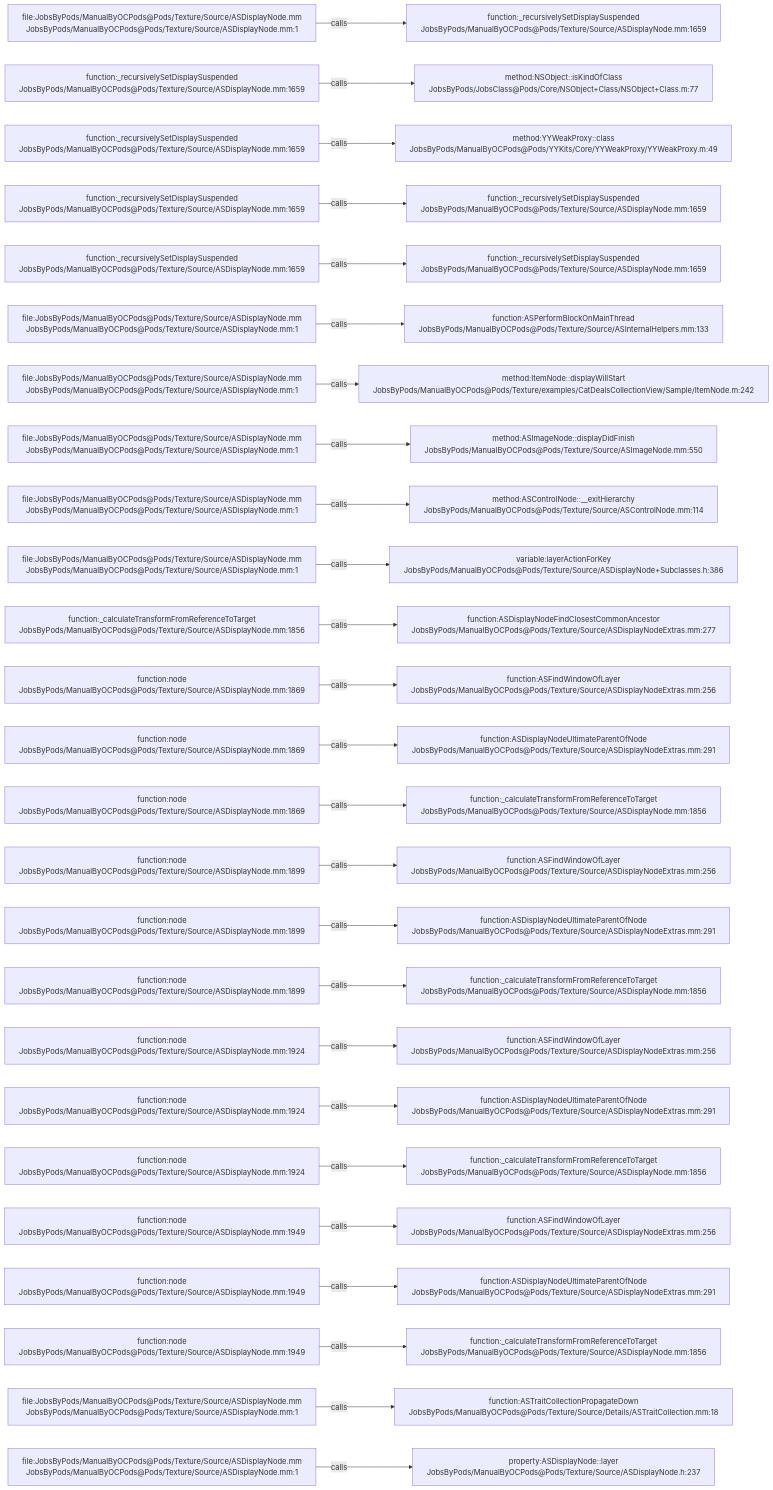
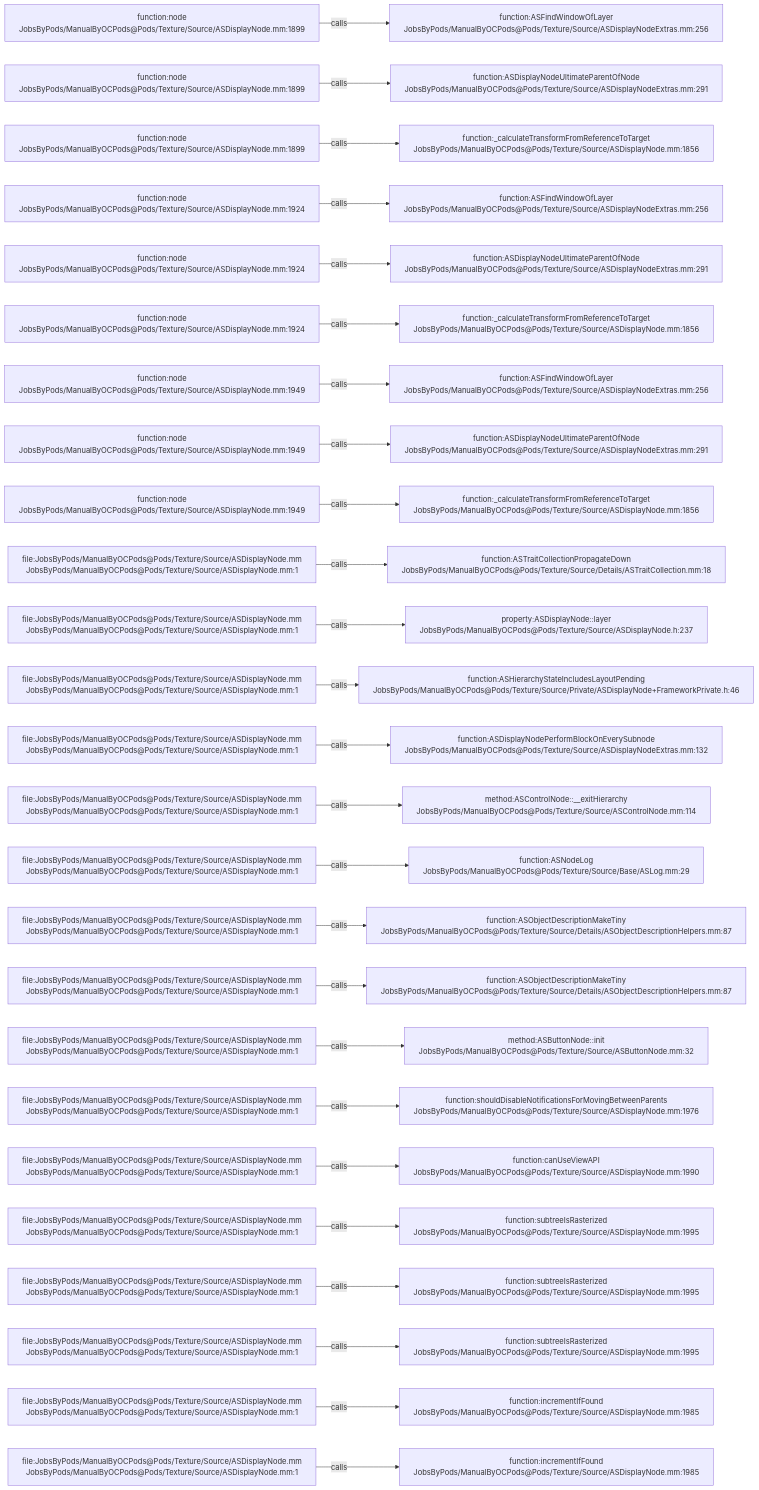
One commit to JobsKits/JobsOCBaseConfigDemo changed the diagram in .codegraph/codegraph.md/graphs/calls-102.md. Above: the diagram before and after it, drawn with Mermaid. The commit also changed 296 other files, not shown here.

````diff
--- a/.codegraph/codegraph.md/graphs/calls-102.md
+++ b/.codegraph/codegraph.md/graphs/calls-102.md
@@ -13,78 +13,78 @@
 ```mermaid
 flowchart LR
-  S1["file:JobsByPods/ManualByOCPods@Pods/Texture/Source/ASDisplayNode.mm<br/>JobsByPods/ManualByOCPods@Pods/Texture/Source/ASDisplayNode.mm:1"]
-  T1["function:_recursivelySetDisplaySuspended<br/>JobsByPods/ManualByOCPods@Pods/Texture/Source/ASDisplayNode.mm:1659"]
+  S1["function:node<br/>JobsByPods/ManualByOCPods@Pods/Texture/Source/ASDisplayNode.mm:1899"]
+  T1["function:ASFindWindowOfLayer<br/>JobsByPods/ManualByOCPods@Pods/Texture/Source/ASDisplayNodeExtras.mm:256"]
   S1 -->|calls| T1
-  S2["function:_recursivelySetDisplaySuspended<br/>JobsByPods/ManualByOCPods@Pods/Texture/Source/ASDisplayNode.mm:1659"]
-  T2["method:NSObject::isKindOfClass<br/>JobsByPods/JobsClass@Pods/Core/NSObject+Class/NSObject+Class.m:77"]
+  S2["function:node<br/>JobsByPods/ManualByOCPods@Pods/Texture/Source/ASDisplayNode.mm:1899"]
+  T2["function:ASDisplayNodeUltimateParentOfNode<br/>JobsByPods/ManualByOCPods@Pods/Texture/Source/ASDisplayNodeExtras.mm:291"]
   S2 -->|calls| T2
-  S3["function:_recursivelySetDisplaySuspended<br/>JobsByPods/ManualByOCPods@Pods/Texture/Source/ASDisplayNode.mm:1659"]
-  T3["method:YYWeakProxy::class<br/>JobsByPods/ManualByOCPods@Pods/YYKits/Core/YYWeakProxy/YYWeakProxy.m:49"]
+  S3["function:node<br/>JobsByPods/ManualByOCPods@Pods/Texture/Source/ASDisplayNode.mm:1899"]
+  T3["function:_calculateTransformFromReferenceToTarget<br/>JobsByPods/ManualByOCPods@Pods/Texture/Source/ASDisplayNode.mm:1856"]
   S3 -->|calls| T3
-  S4["function:_recursivelySetDisplaySuspended<br/>JobsByPods/ManualByOCPods@Pods/Texture/Source/ASDisplayNode.mm:1659"]
-  T4["function:_recursivelySetDisplaySuspended<br/>JobsByPods/ManualByOCPods@Pods/Texture/Source/ASDisplayNode.mm:1659"]
+  S4["function:node<br/>JobsByPods/ManualByOCPods@Pods/Texture/Source/ASDisplayNode.mm:1924"]
+  T4["function:ASFindWindowOfLayer<br/>JobsByPods/ManualByOCPods@Pods/Texture/Source/ASDisplayNodeExtras.mm:256"]
   S4 -->|calls| T4
-  S5["function:_recursivelySetDisplaySuspended<br/>JobsByPods/ManualByOCPods@Pods/Texture/Source/ASDisplayNode.mm:1659"]
-  T5["function:_recursivelySetDisplaySuspended<br/>JobsByPods/ManualByOCPods@Pods/Texture/Source/ASDisplayNode.mm:1659"]
+  S5["function:node<br/>JobsByPods/ManualByOCPods@Pods/Texture/Source/ASDisplayNode.mm:1924"]
+  T5["function:ASDisplayNodeUltimateParentOfNode<br/>JobsByPods/ManualByOCPods@Pods/Texture/Source/ASDisplayNodeExtras.mm:291"]
   S5 -->|calls| T5
-  S6["file:JobsByPods/ManualByOCPods@Pods/Texture/Source/ASDisplayNode.mm<br/>JobsByPods/ManualByOCPods@Pods/Texture/Source/ASDisplayNode.mm:1"]
-  T6["function:ASPerformBlockOnMainThread<br/>JobsByPods/ManualByOCPods@Pods/Texture/Source/ASInternalHelpers.mm:133"]
+  S6["function:node<br/>JobsByPods/ManualByOCPods@Pods/Texture/Source/ASDisplayNode.mm:1924"]
+  T6["function:_calculateTransformFromReferenceToTarget<br/>JobsByPods/ManualByOCPods@Pods/Texture/Source/ASDisplayNode.mm:1856"]
   S6 -->|calls| T6
-  S7["file:JobsByPods/ManualByOCPods@Pods/Texture/Source/ASDisplayNode.mm<br/>JobsByPods/ManualByOCPods@Pods/Texture/Source/ASDisplayNode.mm:1"]
-  T7["method:ItemNode::displayWillStart<br/>JobsByPods/ManualByOCPods@Pods/Texture/examples/CatDealsCollectionView/Sample/ItemNode.m:242"]
+  S7["function:node<br/>JobsByPods/ManualByOCPods@Pods/Texture/Source/ASDisplayNode.mm:1949"]
+  T7["function:ASFindWindowOfLayer<br/>JobsByPods/ManualByOCPods@Pods/Texture/Source/ASDisplayNodeExtras.mm:256"]
   S7 -->|calls| T7
-  S8["file:JobsByPods/ManualByOCPods@Pods/Texture/Source/ASDisplayNode.mm<br/>JobsByPods/ManualByOCPods@Pods/Texture/Source/ASDisplayNode.mm:1"]
-  T8["method:ASImageNode::displayDidFinish<br/>JobsByPods/ManualByOCPods@Pods/Texture/Source/ASImageNode.mm:550"]
+  S8["function:node<br/>JobsByPods/ManualByOCPods@Pods/Texture/Source/ASDisplayNode.mm:1949"]
+  T8["function:ASDisplayNodeUltimateParentOfNode<br/>JobsByPods/ManualByOCPods@Pods/Texture/Source/ASDisplayNodeExtras.mm:291"]
   S8 -->|calls| T8
-  S9["file:JobsByPods/ManualByOCPods@Pods/Texture/Source/ASDisplayNode.mm<br/>JobsByPods/ManualByOCPods@Pods/Texture/Source/ASDisplayNode.mm:1"]
-  T9["method:ASControlNode::__exitHierarchy<br/>JobsByPods/ManualByOCPods@Pods/Texture/Source/ASControlNode.mm:114"]
+  S9["function:node<br/>JobsByPods/ManualByOCPods@Pods/Texture/Source/ASDisplayNode.mm:1949"]
+  T9["function:_calculateTransformFromReferenceToTarget<br/>JobsByPods/ManualByOCPods@Pods/Texture/Source/ASDisplayNode.mm:1856"]
   S9 -->|calls| T9
   S10["file:JobsByPods/ManualByOCPods@Pods/Texture/Source/ASDisplayNode.mm<br/>JobsByPods/ManualByOCPods@Pods/Texture/Source/ASDisplayNode.mm:1"]
-  T10["variable:layerActionForKey<br/>JobsByPods/ManualByOCPods@Pods/Texture/Source/ASDisplayNode+Subclasses.h:386"]
+  T10["function:ASTraitCollectionPropagateDown<br/>JobsByPods/ManualByOCPods@Pods/Texture/Source/Details/ASTraitCollection.mm:18"]
   S10 -->|calls| T10
-  S11["function:_calculateTransformFromReferenceToTarget<br/>JobsByPods/ManualByOCPods@Pods/Texture/Source/ASDisplayNode.mm:1856"]
-  T11["function:ASDisplayNodeFindClosestCommonAncestor<br/>JobsByPods/ManualByOCPods@Pods/Texture/Source/ASDisplayNodeExtras.mm:277"]
+  S11["file:JobsByPods/ManualByOCPods@Pods/Texture/Source/ASDisplayNode.mm<br/>JobsByPods/ManualByOCPods@Pods/Texture/Source/ASDisplayNode.mm:1"]
+  T11["property:ASDisplayNode::layer<br/>JobsByPods/ManualByOCPods@Pods/Texture/Source/ASDisplayNode.h:237"]
   S11 -->|calls| T11
-  S12["function:node<br/>JobsByPods/ManualByOCPods@Pods/Texture/Source/ASDisplayNode.mm:1869"]
-  T12["function:ASFindWindowOfLayer<br/>JobsByPods/ManualByOCPods@Pods/Texture/Source/ASDisplayNodeExtras.mm:256"]
+  S12["file:JobsByPods/ManualByOCPods@Pods/Texture/Source/ASDisplayNode.mm<br/>JobsByPods/ManualByOCPods@Pods/Texture/Source/ASDisplayNode.mm:1"]
+  T12["function:ASHierarchyStateIncludesLayoutPending<br/>JobsByPods/ManualByOCPods@Pods/Texture/Source/Private/ASDisplayNode+FrameworkPrivate.h:46"]
   S12 -->|calls| T12
-  S13["function:node<br/>JobsByPods/ManualByOCPods@Pods/Texture/Source/ASDisplayNode.mm:1869"]
-  T13["function:ASDisplayNodeUltimateParentOfNode<br/>JobsByPods/ManualByOCPods@Pods/Texture/Source/ASDisplayNodeExtras.mm:291"]
+  S13["file:JobsByPods/ManualByOCPods@Pods/Texture/Source/ASDisplayNode.mm<br/>JobsByPods/ManualByOCPods@Pods/Texture/Source/ASDisplayNode.mm:1"]
+  T13["function:ASDisplayNodePerformBlockOnEverySubnode<br/>JobsByPods/ManualByOCPods@Pods/Texture/Source/ASDisplayNodeExtras.mm:132"]
   S13 -->|calls| T13
-  S14["function:node<br/>JobsByPods/ManualByOCPods@Pods/Texture/Source/ASDisplayNode.mm:1869"]
-  T14["function:_calculateTransformFromReferenceToTarget<br/>JobsByPods/ManualByOCPods@Pods/Texture/Source/ASDisplayNode.mm:1856"]
+  S14["file:JobsByPods/ManualByOCPods@Pods/Texture/Source/ASDisplayNode.mm<br/>JobsByPods/ManualByOCPods@Pods/Texture/Source/ASDisplayNode.mm:1"]
+  T14["method:ASControlNode::__exitHierarchy<br/>JobsByPods/ManualByOCPods@Pods/Texture/Source/ASControlNode.mm:114"]
   S14 -->|calls| T14
-  S15["function:node<br/>JobsByPods/ManualByOCPods@Pods/Texture/Source/ASDisplayNode.mm:1899"]
-  T15["function:ASFindWindowOfLayer<br/>JobsByPods/ManualByOCPods@Pods/Texture/Source/ASDisplayNodeExtras.mm:256"]
+  S15["file:JobsByPods/ManualByOCPods@Pods/Texture/Source/ASDisplayNode.mm<br/>JobsByPods/ManualByOCPods@Pods/Texture/Source/ASDisplayNode.mm:1"]
+  T15["function:ASNodeLog<br/>JobsByPods/ManualByOCPods@Pods/Texture/Source/Base/ASLog.mm:29"]
   S15 -->|calls| T15
-  S16["function:node<br/>JobsByPods/ManualByOCPods@Pods/Texture/Source/ASDisplayNode.mm:1899"]
-  T16["function:ASDisplayNodeUltimateParentOfNode<br/>JobsByPods/ManualByOCPods@Pods/Texture/Source/ASDisplayNodeExtras.mm:291"]
+  S16["file:JobsByPods/ManualByOCPods@Pods/Texture/Source/ASDisplayNode.mm<br/>JobsByPods/ManualByOCPods@Pods/Texture/Source/ASDisplayNode.mm:1"]
+  T16["function:ASObjectDescriptionMakeTiny<br/>JobsByPods/ManualByOCPods@Pods/Texture/Source/Details/ASObjectDescriptionHelpers.mm:87"]
   S16 -->|calls| T16
-  S17["function:node<br/>JobsByPods/ManualByOCPods@Pods/Texture/Source/ASDisplayNode.mm:1899"]
-  T17["function:_calculateTransformFromReferenceToTarget<br/>JobsByPods/ManualByOCPods@Pods/Texture/Source/ASDisplayNode.mm:1856"]
+  S17["file:JobsByPods/ManualByOCPods@Pods/Texture/Source/ASDisplayNode.mm<br/>JobsByPods/ManualByOCPods@Pods/Texture/Source/ASDisplayNode.mm:1"]
+  T17["function:ASObjectDescriptionMakeTiny<br/>JobsByPods/ManualByOCPods@Pods/Texture/Source/Details/ASObjectDescriptionHelpers.mm:87"]
   S17 -->|calls| T17
-  S18["function:node<br/>JobsByPods/ManualByOCPods@Pods/Texture/Source/ASDisplayNode.mm:1924"]
-  T18["function:ASFindWindowOfLayer<br/>JobsByPods/ManualByOCPods@Pods/Texture/Source/ASDisplayNodeExtras.mm:256"]
+  S18["file:JobsByPods/ManualByOCPods@Pods/Texture/Source/ASDisplayNode.mm<br/>JobsByPods/ManualByOCPods@Pods/Texture/Source/ASDisplayNode.mm:1"]
+  T18["method:ASButtonNode::init<br/>JobsByPods/ManualByOCPods@Pods/Texture/Source/ASButtonNode.mm:32"]
   S18 -->|calls| T18
-  S19["function:node<br/>JobsByPods/ManualByOCPods@Pods/Texture/Source/ASDisplayNode.mm:1924"]
-  T19["function:ASDisplayNodeUltimateParentOfNode<br/>JobsByPods/ManualByOCPods@Pods/Texture/Source/ASDisplayNodeExtras.mm:291"]
+  S19["file:JobsByPods/ManualByOCPods@Pods/Texture/Source/ASDisplayNode.mm<br/>JobsByPods/ManualByOCPods@Pods/Texture/Source/ASDisplayNode.mm:1"]
+  T19["function:shouldDisableNotificationsForMovingBetweenParents<br/>JobsByPods/ManualByOCPods@Pods/Texture/Source/ASDisplayNode.mm:1976"]
   S19 -->|calls| T19
-  S20["function:node<br/>JobsByPods/ManualByOCPods@Pods/Texture/Source/ASDisplayNode.mm:1924"]
-  T20["function:_calculateTransformFromReferenceToTarget<br/>JobsByPods/ManualByOCPods@Pods/Texture/Source/ASDisplayNode.mm:1856"]
+  S20["file:JobsByPods/ManualByOCPods@Pods/Texture/Source/ASDisplayNode.mm<br/>JobsByPods/ManualByOCPods@Pods/Texture/Source/ASDisplayNode.mm:1"]
+  T20["function:canUseViewAPI<br/>JobsByPods/ManualByOCPods@Pods/Texture/Source/ASDisplayNode.mm:1990"]
   S20 -->|calls| T20
-  S21["function:node<br/>JobsByPods/ManualByOCPods@Pods/Texture/Source/ASDisplayNode.mm:1949"]
-  T21["function:ASFindWindowOfLayer<br/>JobsByPods/ManualByOCPods@Pods/Texture/Source/ASDisplayNodeExtras.mm:256"]
+  S21["file:JobsByPods/ManualByOCPods@Pods/Texture/Source/ASDisplayNode.mm<br/>JobsByPods/ManualByOCPods@Pods/Texture/Source/ASDisplayNode.mm:1"]
+  T21["function:subtreeIsRasterized<br/>JobsByPods/ManualByOCPods@Pods/Texture/Source/ASDisplayNode.mm:1995"]
   S21 -->|calls| T21
-  S22["function:node<br/>JobsByPods/ManualByOCPods@Pods/Texture/Source/ASDisplayNode.mm:1949"]
-  T22["function:ASDisplayNodeUltimateParentOfNode<br/>JobsByPods/ManualByOCPods@Pods/Texture/Source/ASDisplayNodeExtras.mm:291"]
+  S22["file:JobsByPods/ManualByOCPods@Pods/Texture/Source/ASDisplayNode.mm<br/>JobsByPods/ManualByOCPods@Pods/Texture/Source/ASDisplayNode.mm:1"]
+  T22["function:subtreeIsRasterized<br/>JobsByPods/ManualByOCPods@Pods/Texture/Source/ASDisplayNode.mm:1995"]
   S22 -->|calls| T22
-  S23["function:node<br/>JobsByPods/ManualByOCPods@Pods/Texture/Source/ASDisplayNode.mm:1949"]
-  T23["function:_calculateTransformFromReferenceToTarget<br/>JobsByPods/ManualByOCPods@Pods/Texture/Source/ASDisplayNode.mm:1856"]
+  S23["file:JobsByPods/ManualByOCPods@Pods/Texture/Source/ASDisplayNode.mm<br/>JobsByPods/ManualByOCPods@Pods/Texture/Source/ASDisplayNode.mm:1"]
+  T23["function:subtreeIsRasterized<br/>JobsByPods/ManualByOCPods@Pods/Texture/Source/ASDisplayNode.mm:1995"]
   S23 -->|calls| T23
   S24["file:JobsByPods/ManualByOCPods@Pods/Texture/Source/ASDisplayNode.mm<br/>JobsByPods/ManualByOCPods@Pods/Texture/Source/ASDisplayNode.mm:1"]
-  T24["function:ASTraitCollectionPropagateDown<br/>JobsByPods/ManualByOCPods@Pods/Texture/Source/Details/ASTraitCollection.mm:18"]
+  T24["function:incrementIfFound<br/>JobsByPods/ManualByOCPods@Pods/Texture/Source/ASDisplayNode.mm:1985"]
   S24 -->|calls| T24
   S25["file:JobsByPods/ManualByOCPods@Pods/Texture/Source/ASDisplayNode.mm<br/>JobsByPods/ManualByOCPods@Pods/Texture/Source/ASDisplayNode.mm:1"]
-  T25["property:ASDisplayNode::layer<br/>JobsByPods/ManualByOCPods@Pods/Texture/Source/ASDisplayNode.h:237"]
+  T25["function:incrementIfFound<br/>JobsByPods/ManualByOCPods@Pods/Texture/Source/ASDisplayNode.mm:1985"]
   S25 -->|calls| T25
 ```
````
